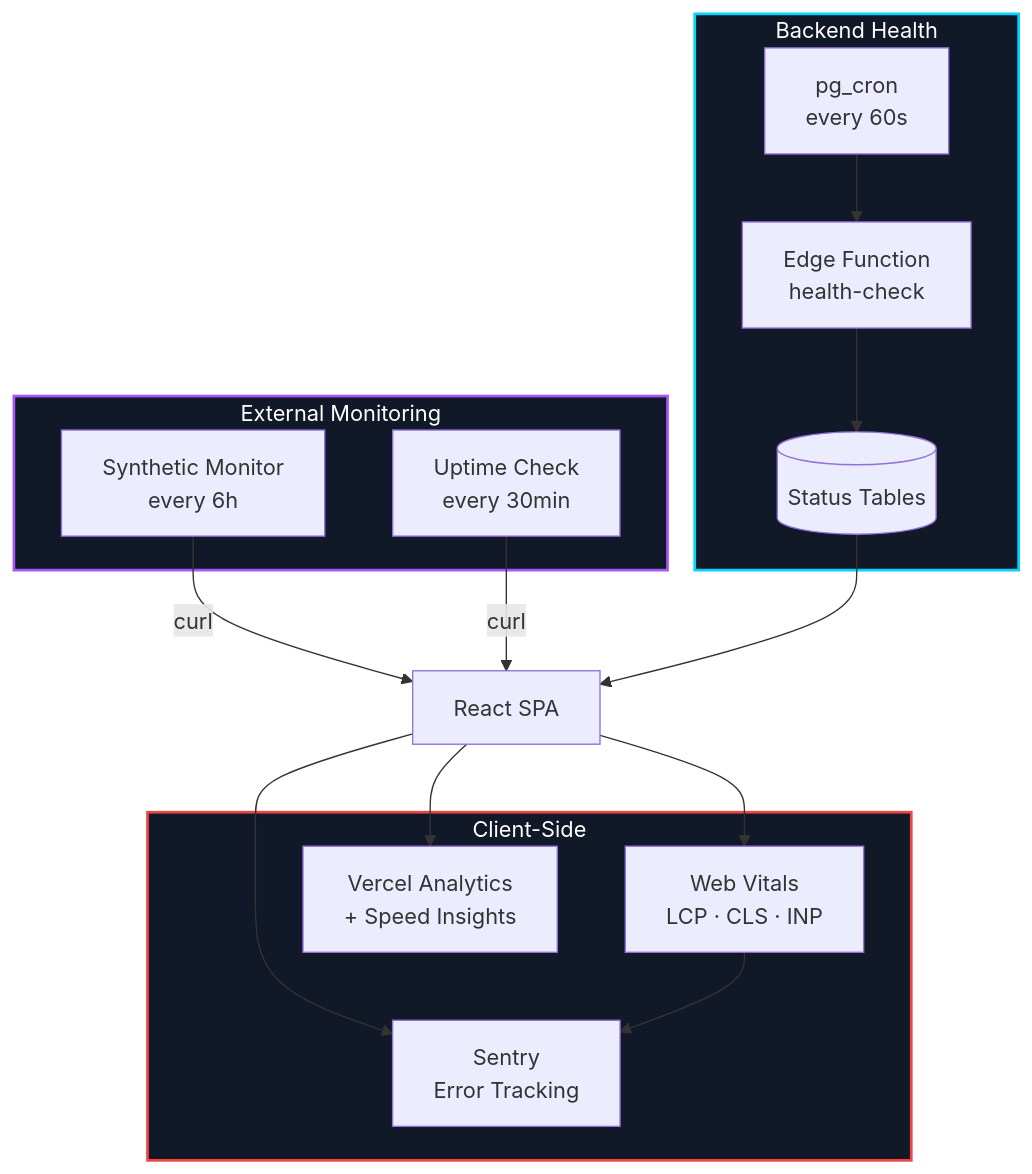
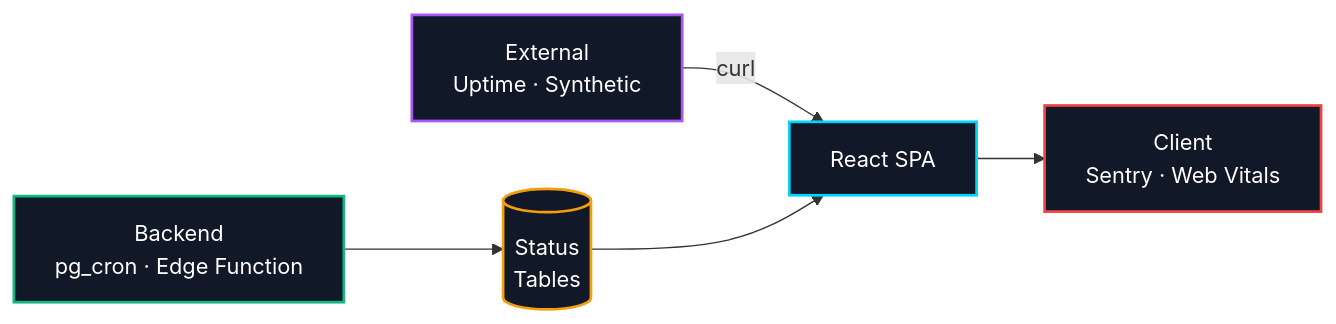
One commit to or-carmeli/KubeQuest changed the fifth of 9 diagrams in README.md. Above: the diagram before and after it, drawn with Mermaid.

Commit message:
docs: simplify observability overview diagram
Replace complex 3-subgraph vertical layout with a compact horizontal
flow showing the 3 monitoring layers at a glance.

````diff
--- a/README.md
+++ b/README.md
@@ -209,35 +209,13 @@
 ```mermaid
-flowchart TB
-    APP["React SPA"]
-
-    subgraph Client["Client-Side"]
-        SENTRY["Sentry<br/>Error Tracking"]
-        VITALS["Web Vitals<br/>LCP · CLS · INP"]
-        VERCEL_A["Vercel Analytics<br/>+ Speed Insights"]
-    end
-
-    subgraph External["External Monitoring"]
-        SYNTH["Synthetic Monitor<br/>every 6h"]
-        UPTIME["Uptime Check<br/>every 30min"]
-    end
-
-    subgraph Backend["Backend Health"]
-        EDGE["Edge Function<br/>health-check"]
-        CRON["pg_cron<br/>every 60s"]
-        STATUS[("Status Tables")]
-    end
-
-    APP --> SENTRY
-    APP --> VITALS
-    VITALS --> SENTRY
-    APP --> VERCEL_A
-    SYNTH -->|curl| APP
-    UPTIME -->|curl| APP
-    CRON --> EDGE
-    EDGE --> STATUS
+flowchart LR
+    EXT["External<br/>Uptime · Synthetic"] -->|curl| APP["React SPA"]
+    APP --> CLIENT["Client<br/>Sentry · Web Vitals"]
+    BACKEND["Backend<br/>pg_cron · Edge Function"] --> STATUS[("Status<br/>Tables")]
     STATUS --> APP
 
-    style Client fill:#111827,stroke:#EF4444,stroke-width:2px,color:#fff
-    style External fill:#111827,stroke:#A855F7,stroke-width:2px,color:#fff
-    style Backend fill:#111827,stroke:#00D4FF,stroke-width:2px,color:#fff
+    style EXT fill:#111827,stroke:#A855F7,stroke-width:2px,color:#fff
+    style APP fill:#111827,stroke:#00D4FF,stroke-width:2px,color:#fff
+    style CLIENT fill:#111827,stroke:#EF4444,stroke-width:2px,color:#fff
+    style BACKEND fill:#111827,stroke:#10B981,stroke-width:2px,color:#fff
+    style STATUS fill:#111827,stroke:#F59E0B,stroke-width:2px,color:#fff
 ```
````
